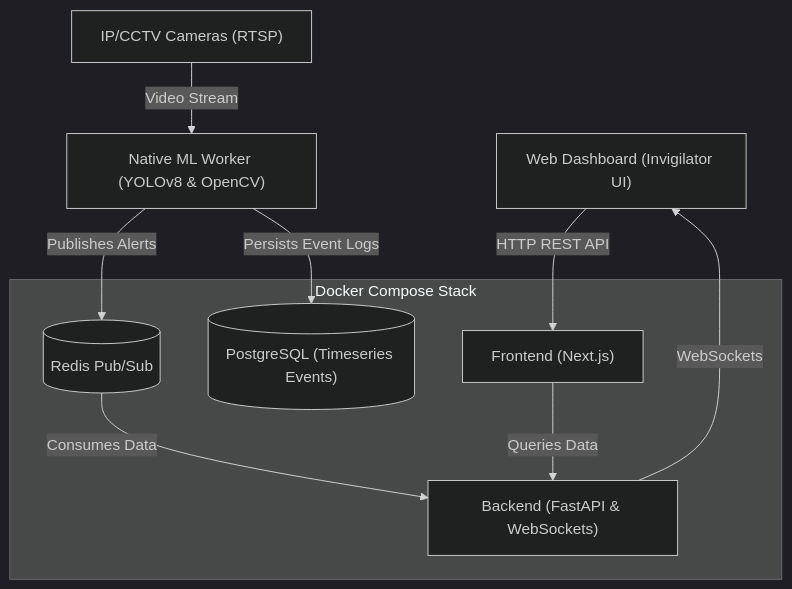
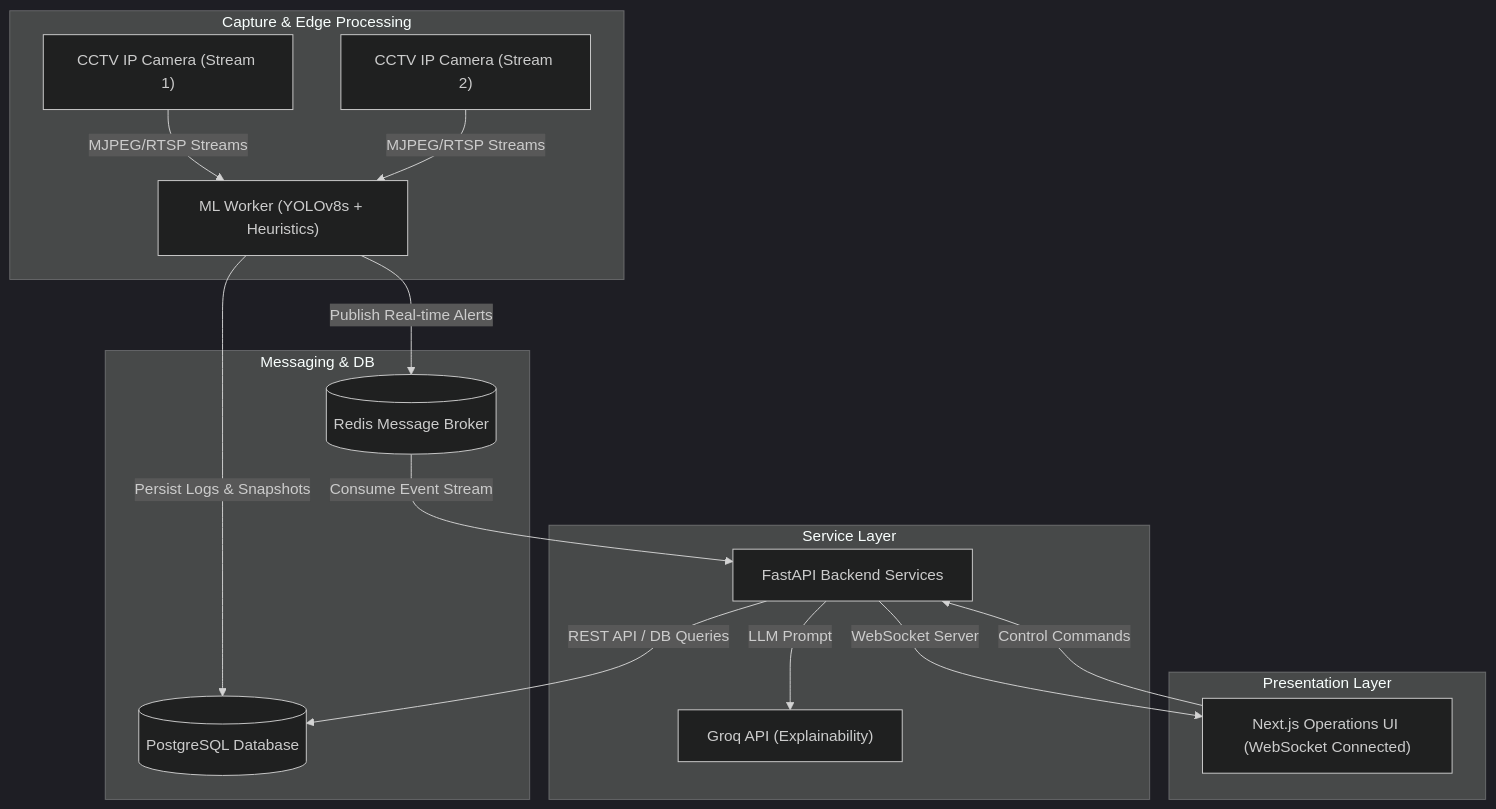
Before and after one commit to Sia3136/ViewX: the second of 2 diagrams in README.md, drawn with Mermaid (dark theme). The commit also changed other lines of this file, not shown here.

````diff
--- a/README.md
+++ b/README.md
@@ -54,22 +95,31 @@
 ```mermaid
 flowchart TD
-    Browser["Web Dashboard (Invigilator UI)"]
-    
-    subgraph Docker Compose Stack
-      Frontend["Frontend (Next.js)"]
-      Backend["Backend (FastAPI & WebSockets)"]
-      DB[("PostgreSQL (Timeseries Events)")]
-      Redis[("Redis Pub/Sub")]
+    subgraph Capture & Edge Processing
+        C1["CCTV IP Camera (Stream 1)"]
+        C2["CCTV IP Camera (Stream 2)"]
+        ML["ML Worker (YOLOv8s + Heuristics)"]
     end
-    
-    MLWorker["Native ML Worker (YOLOv8 & OpenCV)"]
-    Cameras["IP/CCTV Cameras (RTSP)"]
-    
-    Cameras -->|Video Stream| MLWorker
-    MLWorker -->|Persists Event Logs| DB
-    MLWorker -->|Publishes Alerts| Redis
-    Redis -->|Consumes Data| Backend
-    Backend -->|WebSockets| Browser
-    Browser -->|HTTP REST API| Frontend
-    Frontend -->|Queries Data| Backend
+
+    subgraph Messaging & DB
+        Redis[("Redis Message Broker")]
+        DB[("PostgreSQL Database")]
+    end
+
+    subgraph Service Layer
+        API["FastAPI Backend Services"]
+        LLM["Groq API (Explainability)"]
+    end
+
+    subgraph Presentation Layer
+        Dashboard["Next.js Operations UI (WebSocket Connected)"]
+    end
+
+    C1 & C2 -->|MJPEG/RTSP Streams| ML
+    ML -->|Publish Real-time Alerts| Redis
+    ML -->|Persist Logs & Snapshots| DB
+    Redis -->|Consume Event Stream| API
+    API -->|LLM Prompt| LLM
+    API -->|REST API / DB Queries| DB
+    API -->|WebSocket Server| Dashboard
+    Dashboard -->|Control Commands| API
 ```
````
